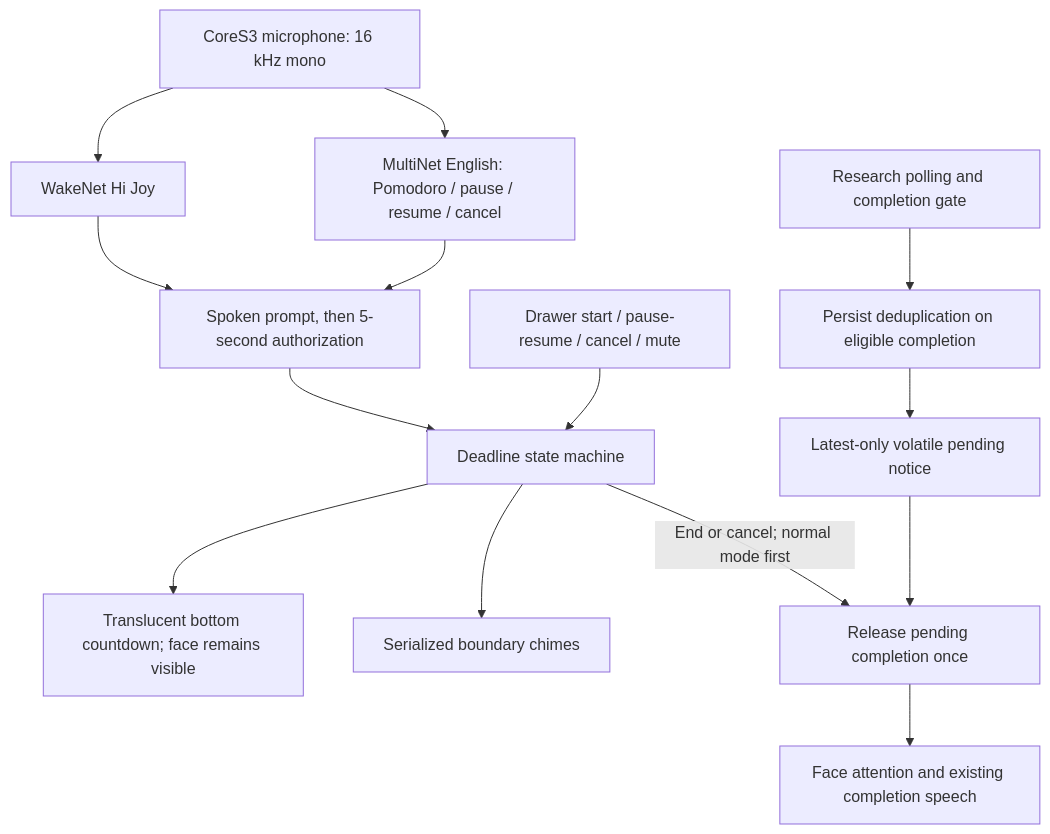
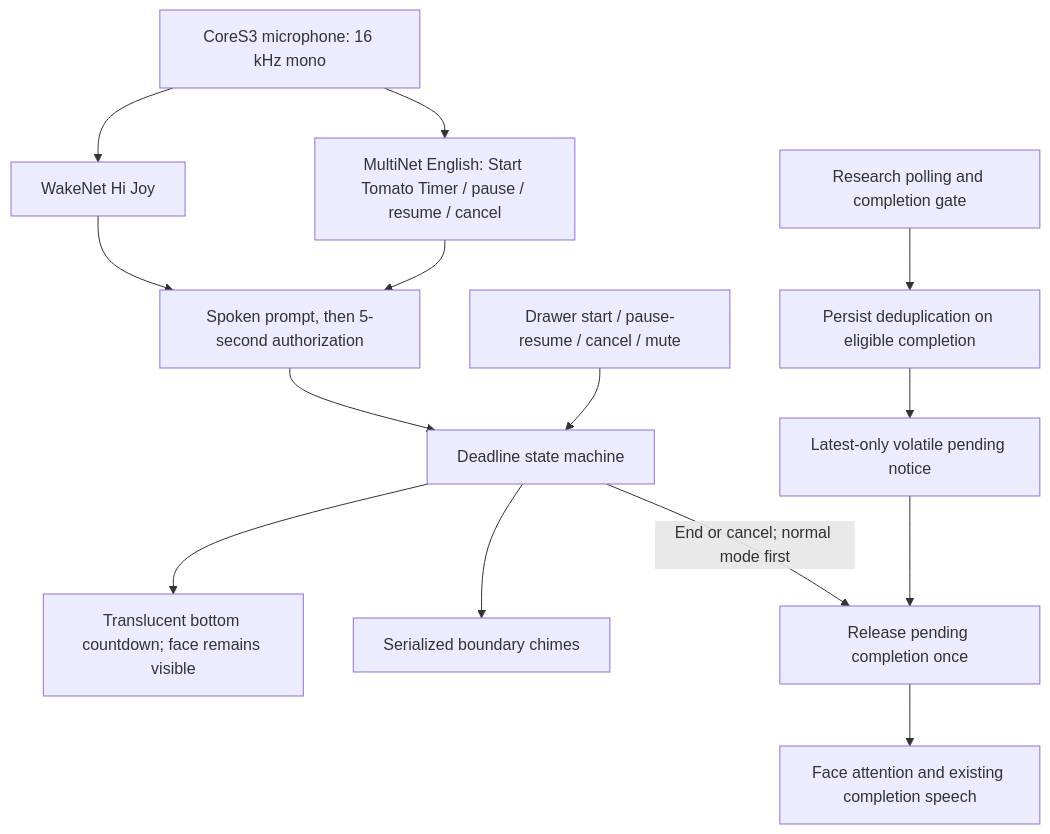
One commit to yeejingye/jyos-stackchan changed the diagram in knowledge_base/feat/pomodoro/design.md. Above: the diagram before and after it, drawn with Mermaid. The commit also changed other lines of this file and 10 other files, not shown here.

Commit message:
feat(voice): try Start Tomato Timer as the start phrase

````diff
--- a/knowledge_base/feat/pomodoro/design.md
+++ b/knowledge_base/feat/pomodoro/design.md
@@ -5,16 +5,16 @@
 ```mermaid
 flowchart TD
   PCM["CoreS3 microphone: 16 kHz mono"] --> Wake["WakeNet Hi Joy"]
   Wake --> Window["Spoken prompt, then 5-second authorization"]
-  PCM --> Commands["MultiNet English: Pomodoro / pause / resume / cancel"]
+  PCM --> Commands["MultiNet English: Start Tomato Timer / pause / resume / cancel"]
   Commands --> Window
   Window --> Timer["Deadline state machine"]
   Manual["Drawer start / pause-resume / cancel / mute"] --> Timer
   Timer --> Strip["Translucent bottom countdown; face remains visible"]
   Timer --> Cues["Serialized boundary chimes"]
   Research["Research polling and completion gate"] --> Admission["Persist deduplication on eligible completion"]
   Admission --> Pending["Latest-only volatile pending notice"]
   Timer -->|"End or cancel; normal mode first"| Release["Release pending completion once"]
   Pending --> Release
   Release --> Hardware["Face attention and existing completion speech"]
 ```
````
